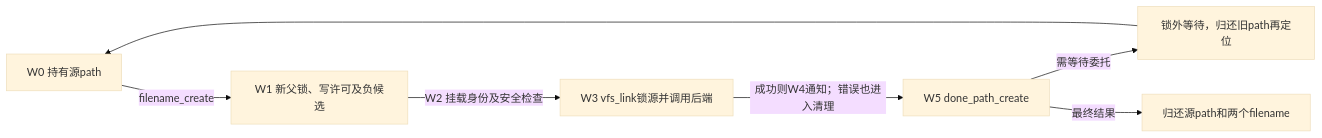
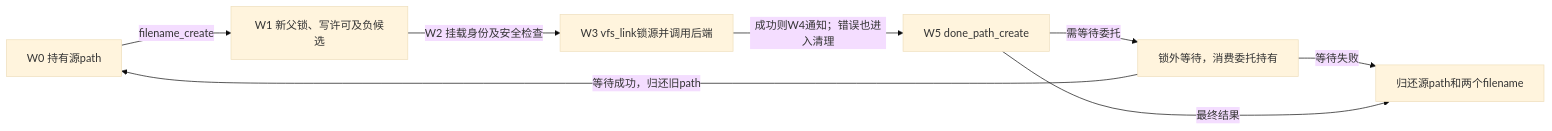
One commit to FormingSystem/linux_note changed the third of 3 diagrams in research/source_reading/vfs/source_explanations/P20_名称链接的增加撤销与通知.md. Above: the diagram before and after it, drawn with Mermaid (base theme). The commit also changed other lines of this file and 7 other files, not shown here.

````diff
--- a/research/source_reading/vfs/source_explanations/P20_名称链接的增加撤销与通知.md
+++ b/research/source_reading/vfs/source_explanations/P20_名称链接的增加撤销与通知.md
@@ -331,9 +391,10 @@
 ```mermaid
 flowchart LR
     source["W0 持有源path"] -->|"filename_create"| dest["W1 新父锁、写许可及负候选"]
     dest -->|"W2 挂载身份及安全检查"| link["W3 vfs_link锁源并调用后端"]
     link -->|"成功则W4通知；错误也进入清理"| done["W5 done_path_create"]
-    done -->|"需等待委托"| wait["锁外等待，归还旧path再定位"]
-    wait --> source
+    done -->|"需等待委托"| wait["锁外等待，消费委托持有"]
+    wait -->|"等待成功，归还旧path"| source
+    wait -->|"等待失败"| release
     done -->|"最终结果"| release["归还源path和两个filename"]
 ```
````
